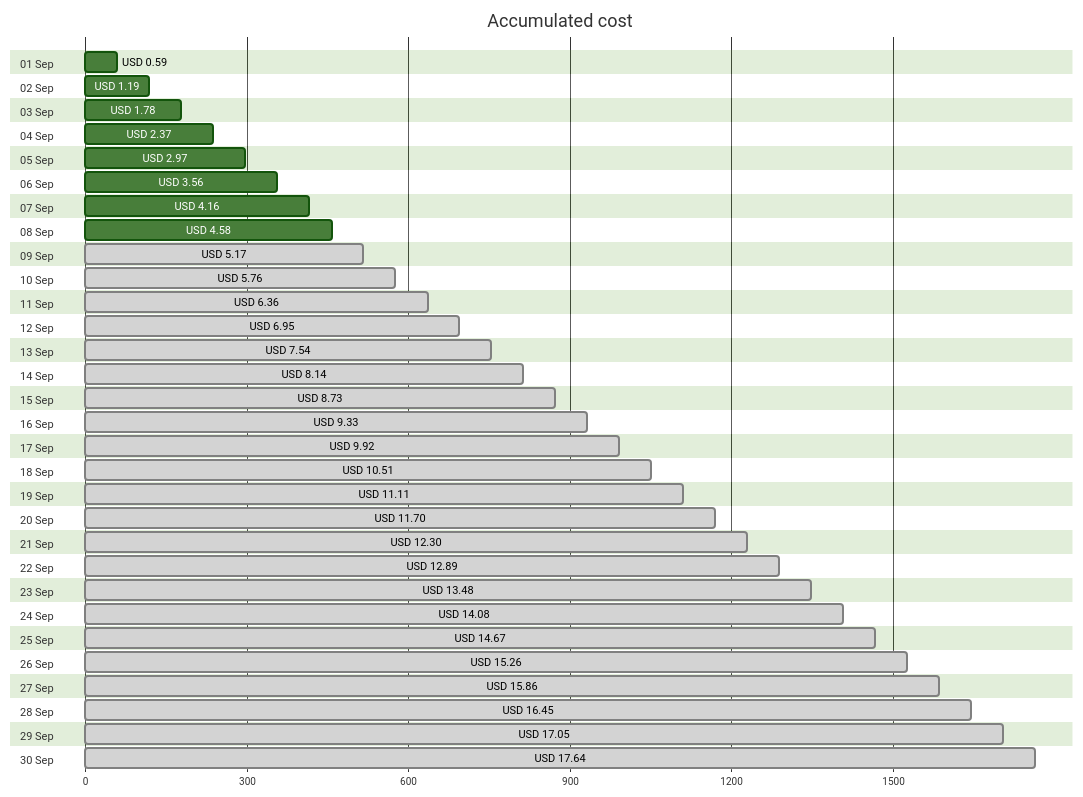
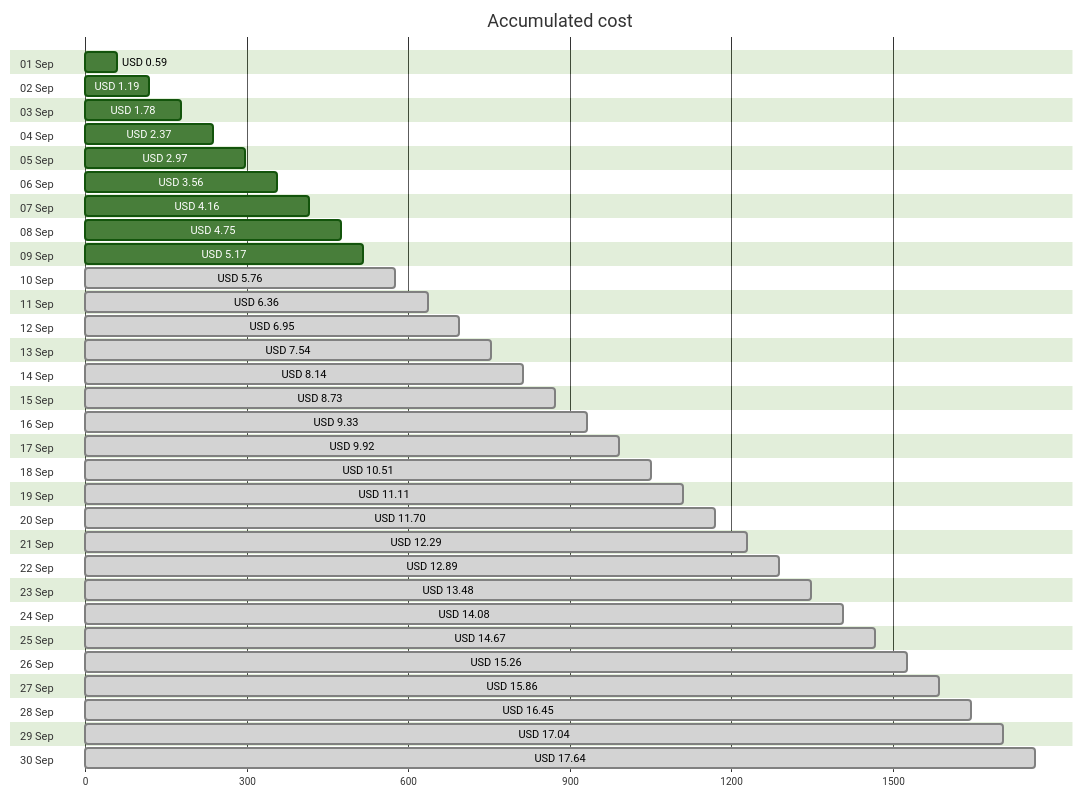
Before and after one commit to jpfulton/azure-personal-reports: the first of 4 diagrams in cost-reports/personal-site/README.md, drawn with Mermaid (forest theme). The commit also changed other lines of this file and 6 other files, not shown here.

````diff
--- a/cost-reports/personal-site/README.md
+++ b/cost-reports/personal-site/README.md
@@ -20,66 +20,66 @@
 ```mermaid
 gantt
    title Accumulated cost
    dateFormat  X
    axisFormat %s
    section 01 Sep
    USD 0.59 :0, 59
    section 02 Sep
    USD 1.19 :0, 119
    section 03 Sep
    USD 1.78 :0, 178
    section 04 Sep
    USD 2.37 :0, 237
    section 05 Sep
    USD 2.97 :0, 297
    section 06 Sep
    USD 3.56 :0, 356
    section 07 Sep
    USD 4.16 :0, 416
    section 08 Sep
-   USD 4.58 :0, 458
+   USD 4.75 :0, 475
    section 09 Sep
-   USD 5.17 : done, 0, 517
+   USD 5.17 :0, 517
    section 10 Sep
    USD 5.76 : done, 0, 576
    section 11 Sep
    USD 6.36 : done, 0, 636
    section 12 Sep
    USD 6.95 : done, 0, 695
    section 13 Sep
    USD 7.54 : done, 0, 754
    section 14 Sep
    USD 8.14 : done, 0, 814
    section 15 Sep
    USD 8.73 : done, 0, 873
    section 16 Sep
    USD 9.33 : done, 0, 933
    section 17 Sep
    USD 9.92 : done, 0, 992
    section 18 Sep
    USD 10.51 : done, 0, 1051
    section 19 Sep
    USD 11.11 : done, 0, 1111
    section 20 Sep
    USD 11.70 : done, 0, 1170
    section 21 Sep
-   USD 12.30 : done, 0, 1230
+   USD 12.29 : done, 0, 1229
    section 22 Sep
    USD 12.89 : done, 0, 1289
    section 23 Sep
    USD 13.48 : done, 0, 1348
    section 24 Sep
    USD 14.08 : done, 0, 1408
    section 25 Sep
    USD 14.67 : done, 0, 1467
    section 26 Sep
    USD 15.26 : done, 0, 1526
    section 27 Sep
    USD 15.86 : done, 0, 1586
    section 28 Sep
    USD 16.45 : done, 0, 1645
    section 29 Sep
-   USD 17.05 : done, 0, 1705
+   USD 17.04 : done, 0, 1704
    section 30 Sep
    USD 17.64 : done, 0, 1764
 ```
````
